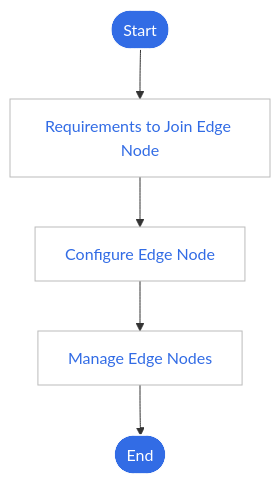
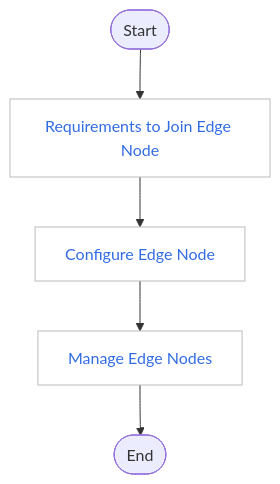
Before and after one commit to DaoCloud/DaoCloud-docs: the diagram in docs/en/docs/kant/user-guide/node/index.md, drawn with Mermaid. The commit also changed 24 other files, not shown here.

````diff
--- a/docs/en/docs/kant/user-guide/node/index.md
+++ b/docs/en/docs/kant/user-guide/node/index.md
@@ -19,16 +19,15 @@
 ```mermaid
 graph TB
 
 start1([Start]) --> require[Requirements to Join Edge Node] --> config[Configure Edge Node] -->oam[Manage Edge Nodes] --> end1([End])
 
 classDef plain fill:#ddd,stroke:#fff,stroke-width:1px,color:#000;
 classDef k8s fill:#326ce5,stroke:#fff,stroke-width:1px,color:#fff;
 classDef cluster fill:#fff,stroke:#bbb,stroke-width:1px,color:#326ce5;
 
-class start1,end1 k8s;
 class require,config,oam cluster
 
 click require "https://docs.daocloud.io/en/kant/user-guide/node/join-rqmt.html"
 click config "https://docs.daocloud.io/en/kant/user-guide/node/access-guide.html"
 click oam "https://docs.daocloud.io/en/kant/user-guide/node/manage-node.html"
 ```
````
